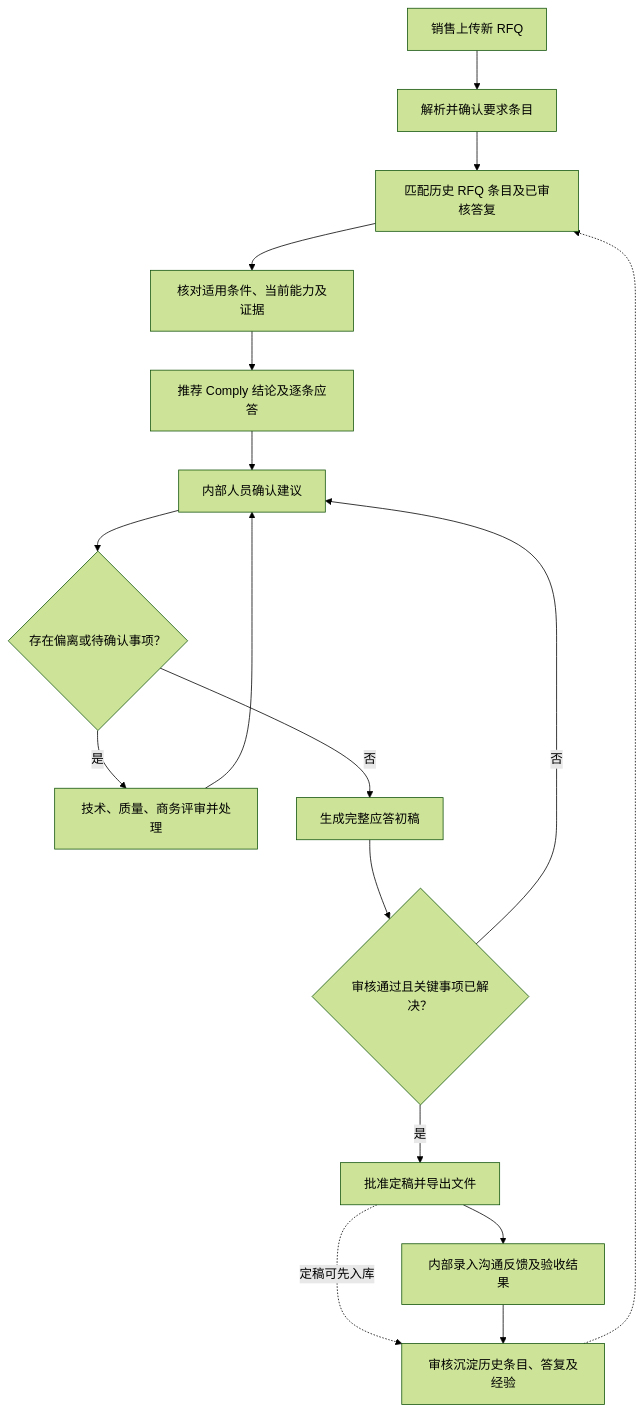
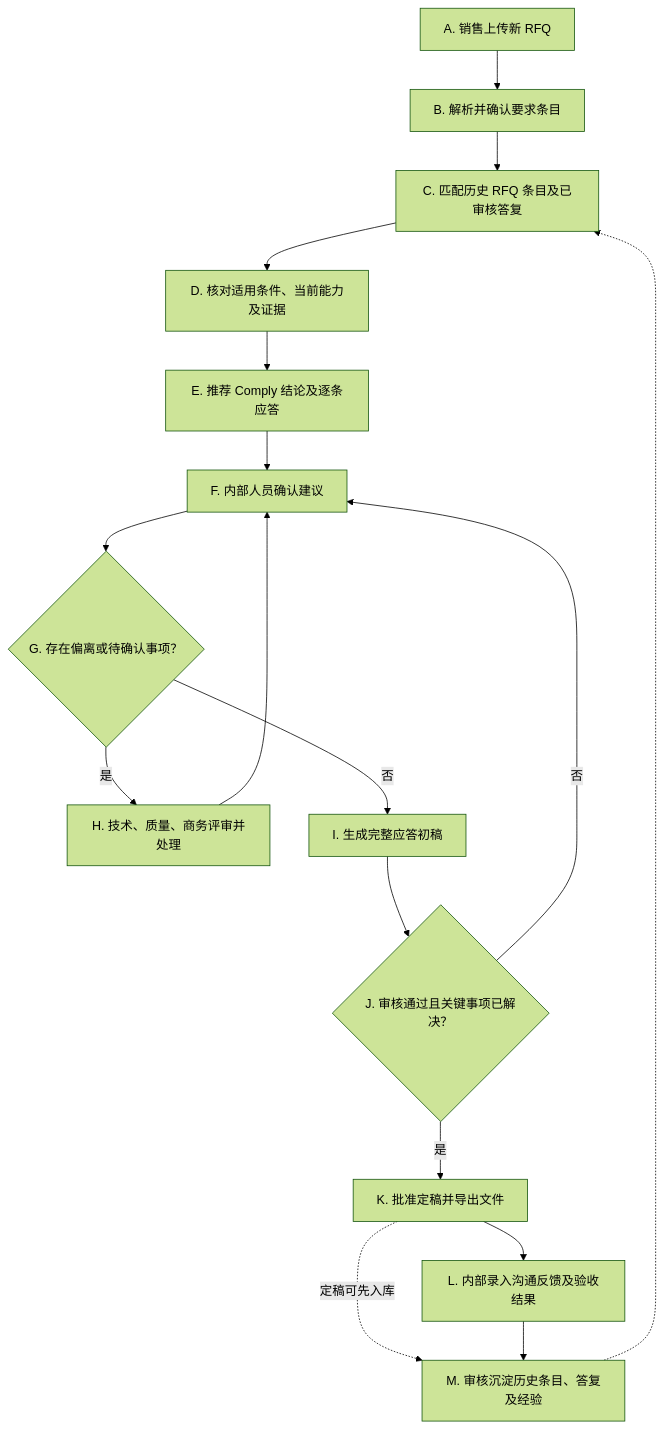
Before and after one commit to mingming11115/fep-rfq-agent: the first of 4 diagrams in FEP销售RFQ提效Agent_PRD_v0.2.md, drawn with Mermaid (forest theme). The commit also changed other lines of this file and 4 other files, not shown here.

````diff
--- a/FEP销售RFQ提效Agent_PRD_v0.2.md
+++ b/FEP销售RFQ提效Agent_PRD_v0.2.md
@@ -108,19 +108,19 @@
 ```mermaid
 flowchart TD
-    A["销售上传新 RFQ"] --> B["解析并确认要求条目"]
-    B --> C["匹配历史 RFQ 条目及已审核答复"]
-    C --> D["核对适用条件、当前能力及证据"]
-    D --> E["推荐 Comply 结论及逐条应答"]
-    E --> F["内部人员确认建议"]
-    F --> G{"存在偏离或待确认事项？"}
-    G -->|是| H["技术、质量、商务评审并处理"]
+    A["A. 销售上传新 RFQ"] --> B["B. 解析并确认要求条目"]
+    B --> C["C. 匹配历史 RFQ 条目及已审核答复"]
+    C --> D["D. 核对适用条件、当前能力及证据"]
+    D --> E["E. 推荐 Comply 结论及逐条应答"]
+    E --> F["F. 内部人员确认建议"]
+    F --> G{"G. 存在偏离或待确认事项？"}
+    G -->|是| H["H. 技术、质量、商务评审并处理"]
     H --> F
-    G -->|否| I["生成完整应答初稿"]
-    I --> J{"审核通过且关键事项已解决？"}
+    G -->|否| I["I. 生成完整应答初稿"]
+    I --> J{"J. 审核通过且关键事项已解决？"}
     J -->|否| F
-    J -->|是| K["批准定稿并导出文件"]
+    J -->|是| K["K. 批准定稿并导出文件"]
     K -.->|定稿可先入库| M
-    K --> L["内部录入沟通反馈及验收结果"]
-    L --> M["审核沉淀历史条目、答复及经验"]
+    K --> L["L. 内部录入沟通反馈及验收结果"]
+    L --> M["M. 审核沉淀历史条目、答复及经验"]
     M -.-> C
 ```
````
